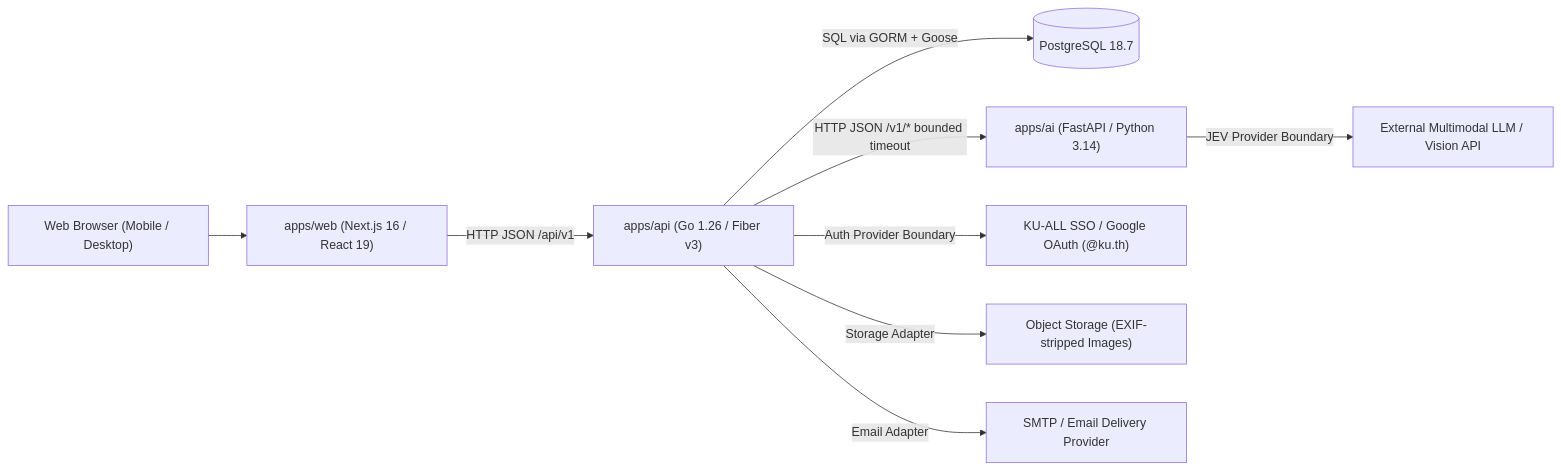
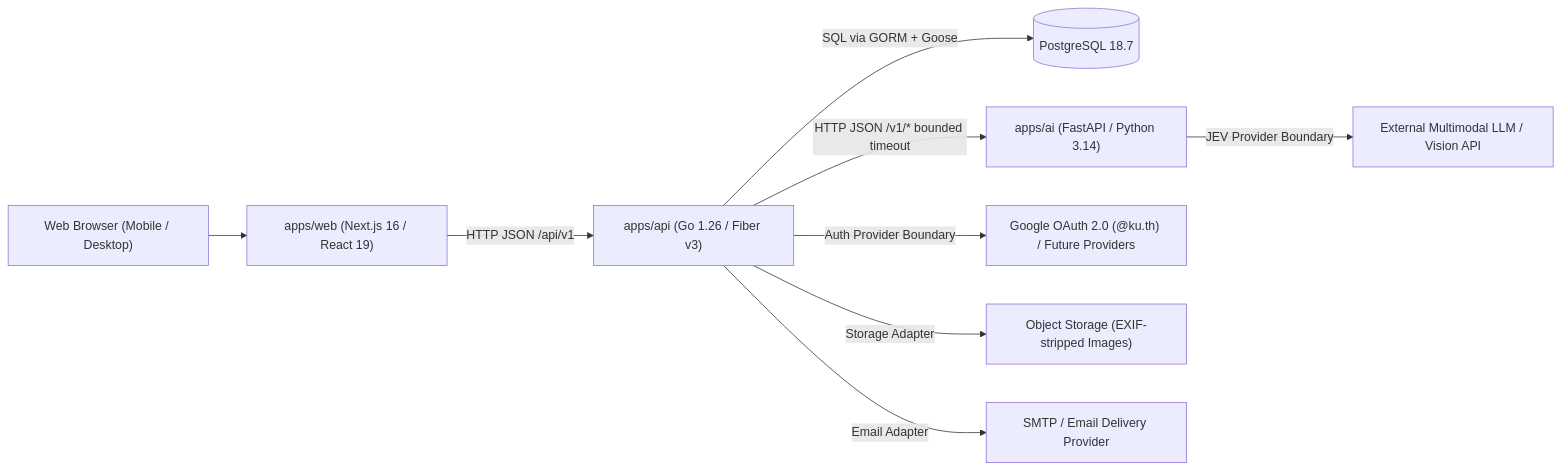
One commit to thg1rb/campusfix-ai changed the diagram in docs/architecture.md. Above: the diagram before and after it, drawn with Mermaid. The commit also changed other lines of this file and 13 other files, not shown here.

Commit message:
docs: finalize Google OAuth (@ku.th) provider and remove CANNOT_RESOLVE state

````diff
--- a/docs/architecture.md
+++ b/docs/architecture.md
@@ -9,11 +9,11 @@
 ```mermaid
 flowchart LR
   Browser["Web Browser (Mobile / Desktop)"] --> Web["apps/web (Next.js 16 / React 19)"]
   Web -->|HTTP JSON /api/v1| API["apps/api (Go 1.26 / Fiber v3)"]
   API -->|SQL via GORM + Goose| DB[("PostgreSQL 18.7")]
   API -->|HTTP JSON /v1/* bounded timeout| AI["apps/ai (FastAPI / Python 3.14)"]
   AI -->|JEV Provider Boundary| LLM["External Multimodal LLM / Vision API"]
-  API -->|Auth Provider Boundary| Auth["KU-ALL SSO / Google OAuth (@ku.th)"]
+  API -->|Auth Provider Boundary| Auth["Google OAuth 2.0 (@ku.th) / Future Providers"]
   API -->|Storage Adapter| Storage["Object Storage (EXIF-stripped Images)"]
   API -->|Email Adapter| Mail["SMTP / Email Delivery Provider"]
 ```
````
